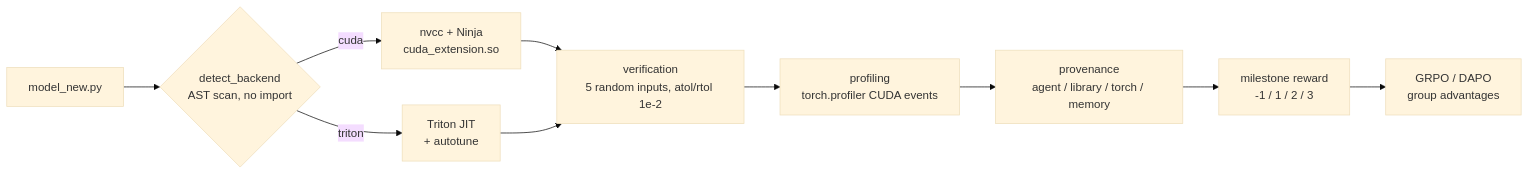
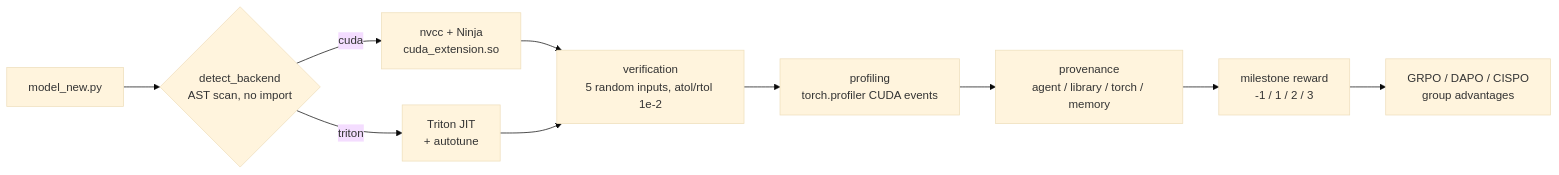
The diagram in AgenticRL-CUDA-kernels/README.md (ElenaViewSynthesis/RL-Army-of-Agents), drawn with Mermaid (base theme) before and after one commit. The commit also changed other lines of this file and 11 other files, not shown here.

````diff
--- a/AgenticRL-CUDA-kernels/README.md
+++ b/AgenticRL-CUDA-kernels/README.md
@@ -38,12 +38,12 @@
 ```mermaid
 flowchart LR
     A["model_new.py"] --> B{"detect_backend<br/>AST scan, no import"}
     B -->|cuda| C["nvcc + Ninja<br/>cuda_extension.so"]
     B -->|triton| D["Triton JIT<br/>+ autotune"]
     C --> E["verification<br/>5 random inputs, atol/rtol 1e-2"]
     D --> E
     E --> F["profiling<br/>torch.profiler CUDA events"]
     F --> G["provenance<br/>agent / library / torch / memory"]
     G --> H["milestone reward<br/>-1 / 1 / 2 / 3"]
-    H --> I["GRPO / DAPO<br/>group advantages"]
+    H --> I["GRPO / DAPO / CISPO<br/>group advantages"]
 ```
````
